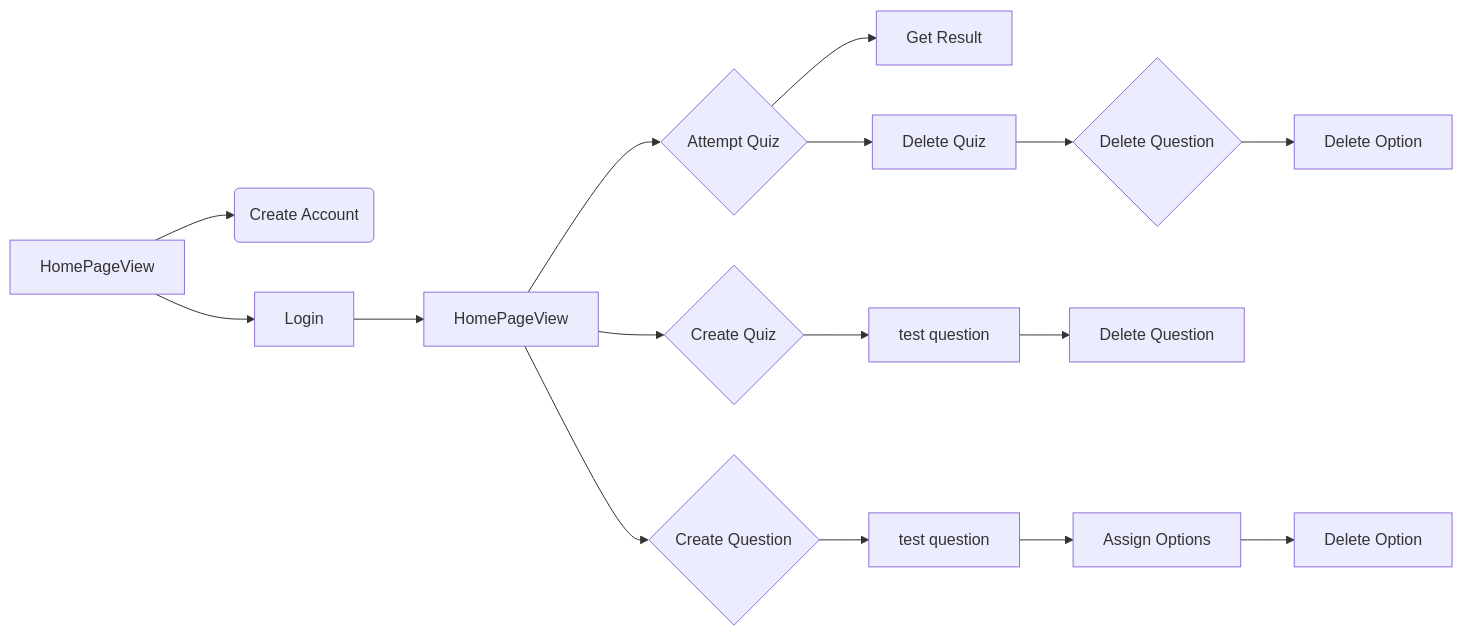
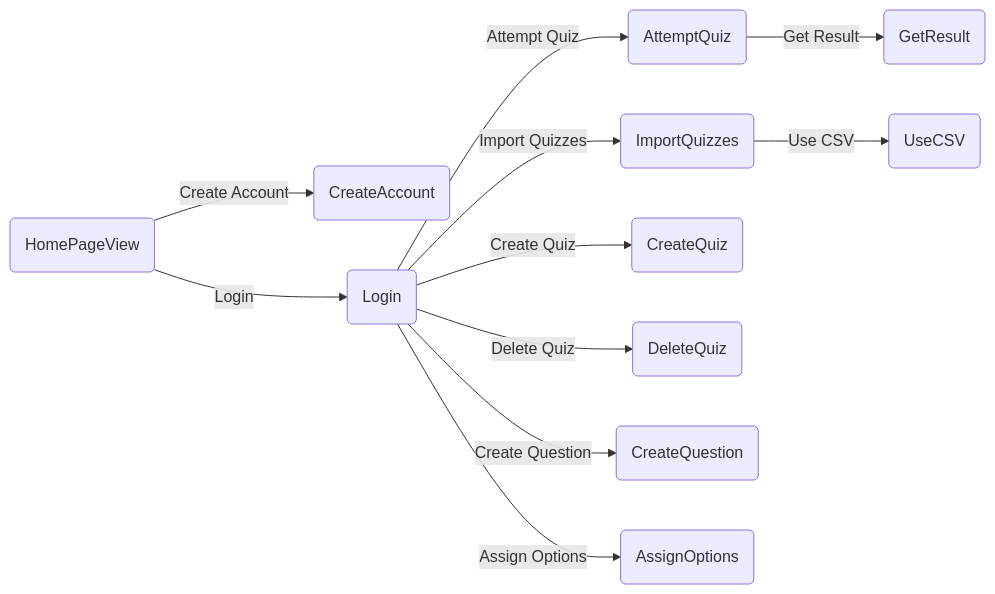
One commit to KirsteenJ/COMP223-221-Final-Term-Project-Section-A-Quizzy changed the first of 2 diagrams in README.md. Above: the diagram before and after it, drawn with Mermaid.

````diff
--- a/README.md
+++ b/README.md
@@ -7,18 +7,13 @@
 ```mermaid
 flowchart LR
-    A[HomePageView] --> B(Create Account)
-    A --> C[Login]
-    C --> D[HomePageView]
-    D --> E{"Attempt Quiz"}
-    E --> F[Get Result]
-    E --> G[Delete Quiz]
-    G --> H{"Delete Question"}
-    H --> I[Delete Option]
-    D --> J{"Create Quiz"}
-    J --> K[test question]
-    K --> L[Delete Question]
-    D --> M{"Create Question"}
-    M --> N[test question]
-    N --> O[Assign Options]
-    O --> P[Delete Option]
+    A(HomePageView) -->|Create Account| B(CreateAccount)
+    A -->|Login| C(Login)
+    C -->|Attempt Quiz| D(AttemptQuiz)
+    C -->|Import Quizzes| E(ImportQuizzes)
+    E -->|Use CSV| F(UseCSV)
+    C -->|Create Quiz| G(CreateQuiz)
+    C -->|Delete Quiz| H(DeleteQuiz)
+    C -->|Create Question| I(CreateQuestion)
+    C -->|Assign Options| J(AssignOptions)
+    D -->|Get Result| K(GetResult)
 ```
````
